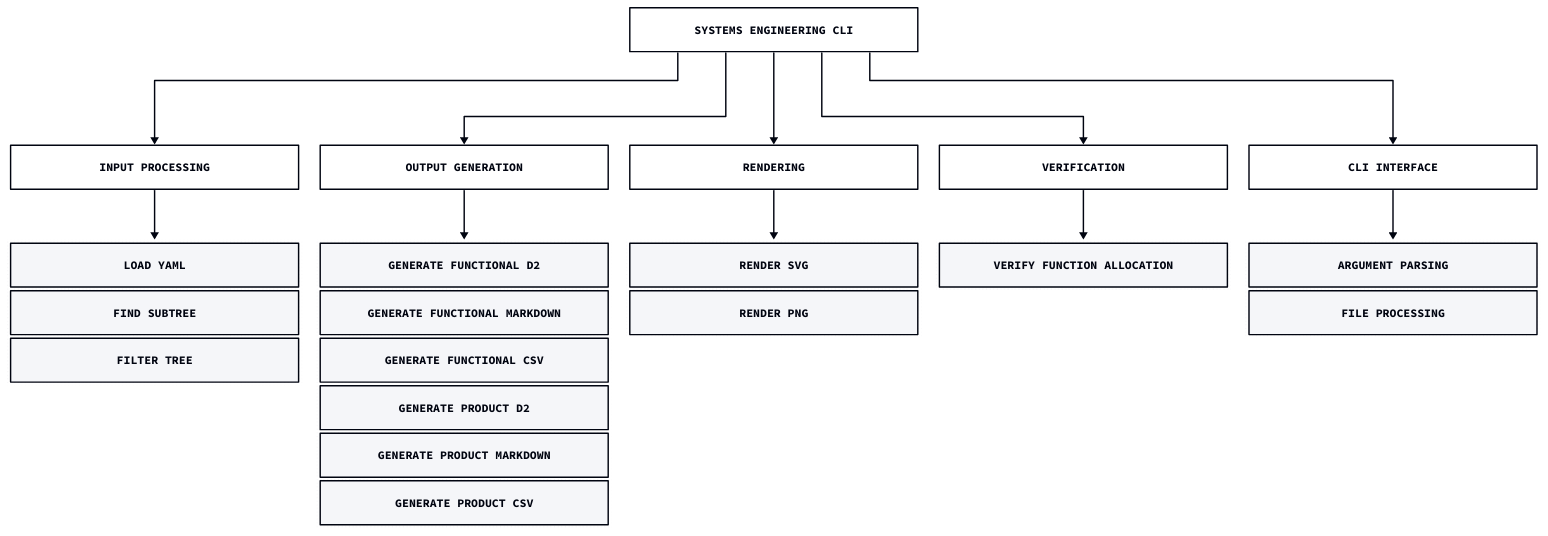
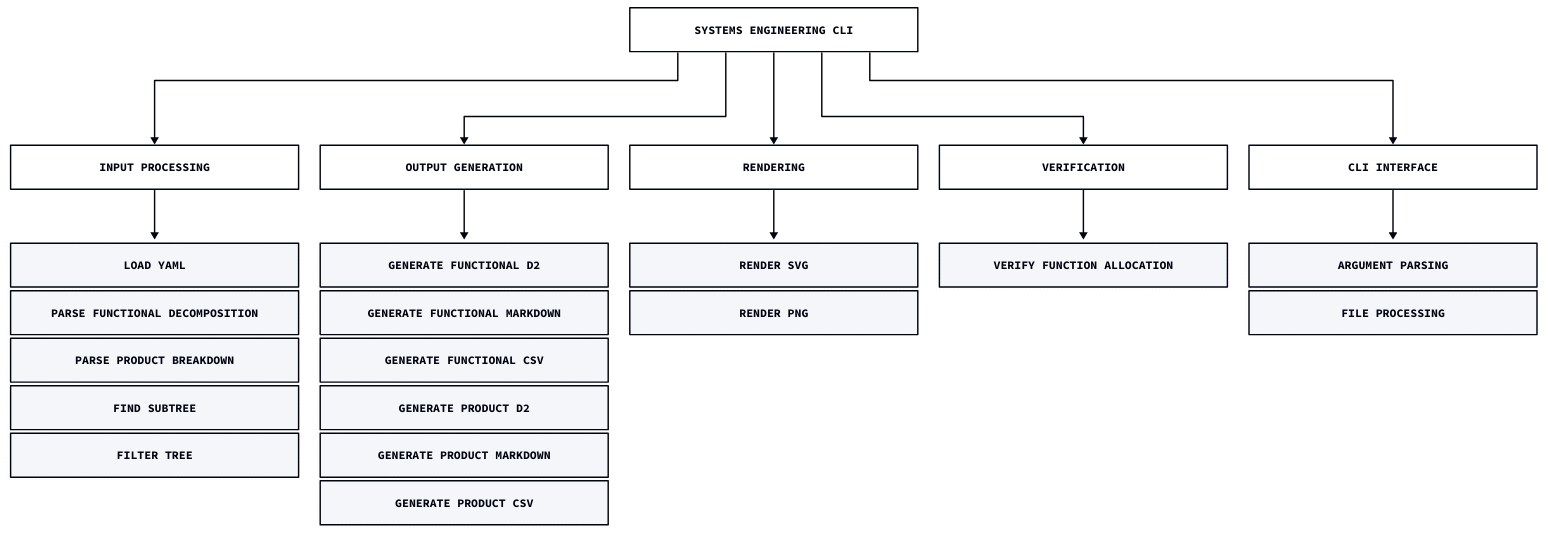
The diagram in design/functional_decomposition.d2 (aidanns/systems-engineering), drawn with D2 before and after one commit. The commit also changed 18 other files, not shown here.

```diff
--- a/design/functional_decomposition.d2
+++ b/design/functional_decomposition.d2
@@ -1,110 +1,114 @@
 vars: {
   d2-config: {
     layout-engine: elk
     # Terminal theme code
     theme-id: 300
   }
 }
 
 direction: down
 
 root: Systems Engineering CLI
 root.width: 400
 
 f0: Input Processing
 f0.width: 400
 root -> f0
 f0_container: "" {
   grid-columns: 1
-  grid-rows: 3
+  grid-rows: 5
   grid-gap: 5
   style: {
     stroke-width: 0
     fill: transparent
   }
   f1: Load YAML
   f1.width: 400
-  f2: Find Subtree
+  f2: Parse Functional Decomposition
   f2.width: 400
-  f3: Filter Tree
+  f3: Parse Product Breakdown
   f3.width: 400
+  f4: Find Subtree
+  f4.width: 400
+  f5: Filter Tree
+  f5.width: 400
 }
 f0 -> f0_container
 
-f4: Output Generation
-f4.width: 400
-root -> f4
-f4_container: "" {
+f6: Output Generation
+f6.width: 400
+root -> f6
+f6_container: "" {
   grid-columns: 1
   grid-rows: 6
   grid-gap: 5
   style: {
     stroke-width: 0
     fill: transparent
   }
-  f5: Generate Functional D2
-  f5.width: 400
-  f6: Generate Functional Markdown
-  f6.width: 400
-  f7: Generate Functional CSV
+  f7: Generate Functional D2
   f7.width: 400
-  f8: Generate Product D2
+  f8: Generate Functional Markdown
   f8.width: 400
-  f9: Generate Product Markdown
+  f9: Generate Functional CSV
   f9.width: 400
-  f10: Generate Product CSV
+  f10: Generate Product D2
   f10.width: 400
+  f11: Generate Product Markdown
+  f11.width: 400
+  f12: Generate Product CSV
+  f12.width: 400
 }
-f4 -> f4_container
+f6 -> f6_container
 
-f11: Rendering
-f11.width: 400
-root -> f11
-f11_container: "" {
+f13: Rendering
+f13.width: 400
+root -> f13
+f13_container: "" {
   grid-columns: 1
   grid-rows: 2
   grid-gap: 5
   style: {
     stroke-width: 0
     fill: transparent
   }
-  f12: Render SVG
-  f12.width: 400
-  f13: Render PNG
-  f13.width: 400
+  f14: Render SVG
+  f14.width: 400
+  f15: Render PNG
+  f15.width: 400
 }
-f11 -> f11_container
+f13 -> f13_container
 
-f14: Verification
-f14.width: 400
-root -> f14
-f14_container: "" {
+f16: Verification
+f16.width: 400
+root -> f16
+f16_container: "" {
   grid-columns: 1
   grid-rows: 1
   grid-gap: 5
   style: {
     stroke-width: 0
     fill: transparent
   }
-  f15: Verify Function Allocation
-  f15.width: 400
+  f17: Verify Function Allocation
+  f17.width: 400
 }
-f14 -> f14_container
+f16 -> f16_container
 
-f16: CLI Interface
-f16.width: 400
-root -> f16
-f16_container: "" {
+f18: CLI Interface
+f18.width: 400
+root -> f18
+f18_container: "" {
   grid-columns: 1
   grid-rows: 2
   grid-gap: 5
   style: {
     stroke-width: 0
     fill: transparent
   }
-  f17: Argument Parsing
-  f17.width: 400
-  f18: File Processing
-  f18.width: 400
+  f19: Argument Parsing
+  f19.width: 400
+  f20: File Processing
+  f20.width: 400
 }
-f16 -> f16_container
+f18 -> f18_container
```
